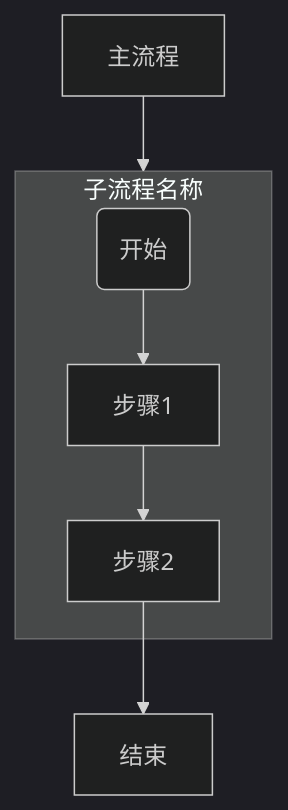
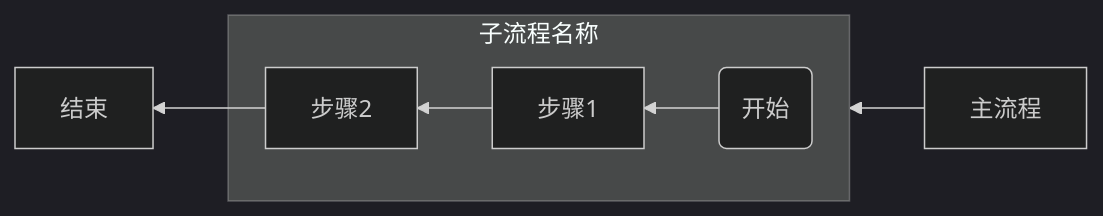
Before and after one commit to zeff163/stackedit-app-data: the second of 3 diagrams in Daily work/2025/Month_04/07.md, drawn with Mermaid (dark theme). The commit also changed other lines of this file, not shown here.

````diff
--- a/Daily work/2025/Month_04/07.md
+++ b/Daily work/2025/Month_04/07.md
@@ -64,9 +64,9 @@
 ```mermaid
-graph TB
+graph RL
     A[主流程] --> 子流程{检查}
     subgraph 子流程 [子流程名称]
         B(开始) --> C[步骤1]
         C --> D[步骤2]
     end
     D --> E[结束]
 ```
````
